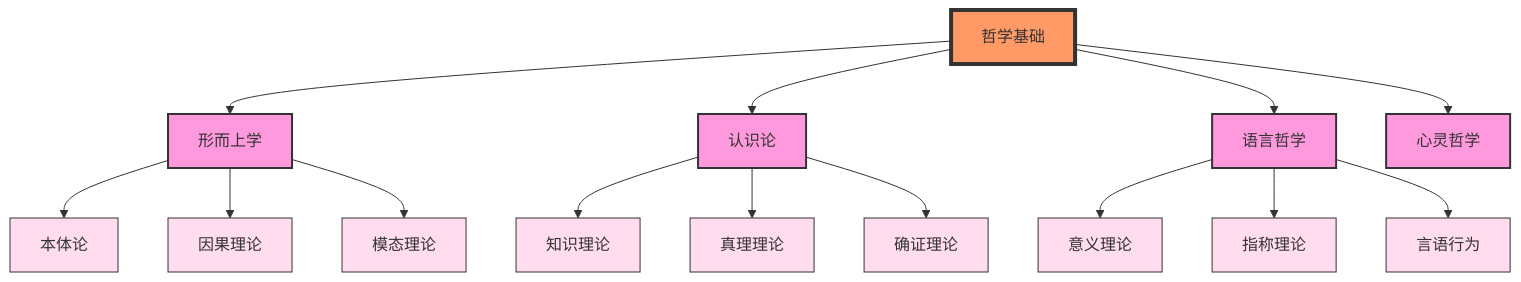
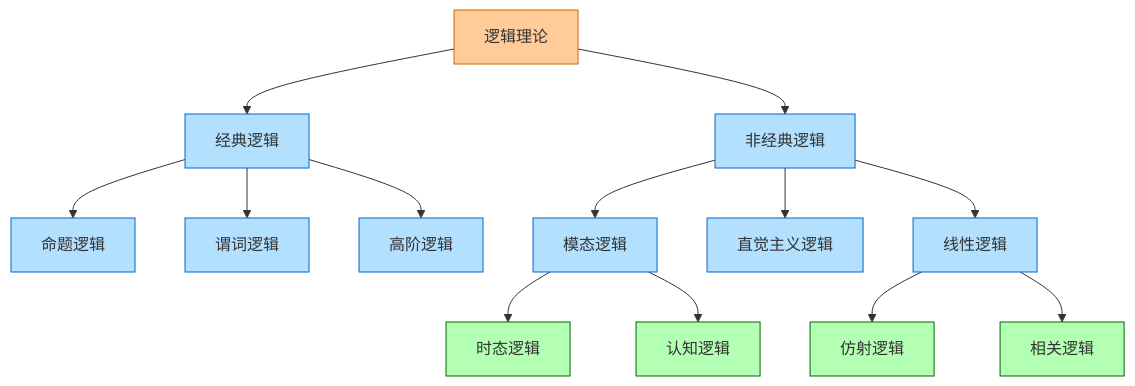
The fourth of 5 diagrams in docs/Refactor/12_Context_System/Models/Context_Visualization.md (AdaMartin18010/FormalScience), drawn with Mermaid before and after one commit. The commit also changed other lines of this file and 1164 other files, not shown here.

````diff
--- a/docs/Refactor/12_Context_System/Models/Context_Visualization.md
+++ b/docs/Refactor/12_Context_System/Models/Context_Visualization.md
@@ -126,32 +189,24 @@
 ```mermaid
 graph TD
-    %% 哲学基础
-    PF[哲学基础] --> M1[形而上学]
-    PF --> E1[认识论]
-    PF --> PL[语言哲学]
-    PF --> PM[心灵哲学]
+    A["逻辑理论"] --> B["经典逻辑"]
+    A --> C["非经典逻辑"]
+    B --> D["命题逻辑"]
+    B --> E["谓词逻辑"]
+    B --> F["高阶逻辑"]
+    C --> G["模态逻辑"]
+    C --> H["直觉主义逻辑"]
+    C --> I["线性逻辑"]
+    G --> J["时态逻辑"]
+    G --> K["认知逻辑"]
+    I --> L["仿射逻辑"]
+    I --> M["相关逻辑"]
     
-    %% 形而上学分支
-    M1 --> O1[本体论]
-    M1 --> C1[因果理论]
-    M1 --> MT[模态理论]
+    classDef root fill:#ffcc99,stroke:#cc6600
+    classDef branch fill:#b3e0ff,stroke:#0066cc
+    classDef leaf fill:#b3ffb3,stroke:#006600
     
-    %% 认识论分支
-    E1 --> K1[知识理论]
-    E1 --> T1[真理理论]
-    E1 --> J1[确证理论]
-    
-    %% 语言哲学分支
-    PL --> ME[意义理论]
-    PL --> RE[指称理论]
-    PL --> SA[言语行为]
-    
-    %% 样式定义
-    classDef root fill:#f96,stroke:#333,stroke-width:4px
-    classDef branch fill:#f9d,stroke:#333,stroke-width:2px
-    classDef leaf fill:#fde,stroke:#333,stroke-width:1px
-    
-    class PF root
-    class M1,E1,PL,PM branch
-    class O1,C1,MT,K1,T1,J1,ME,RE,SA leaf
+    class A root
+    class B,C branch
+    class D,E,F,G,H,I branch
+    class J,K,L,M leaf
 ```
````
